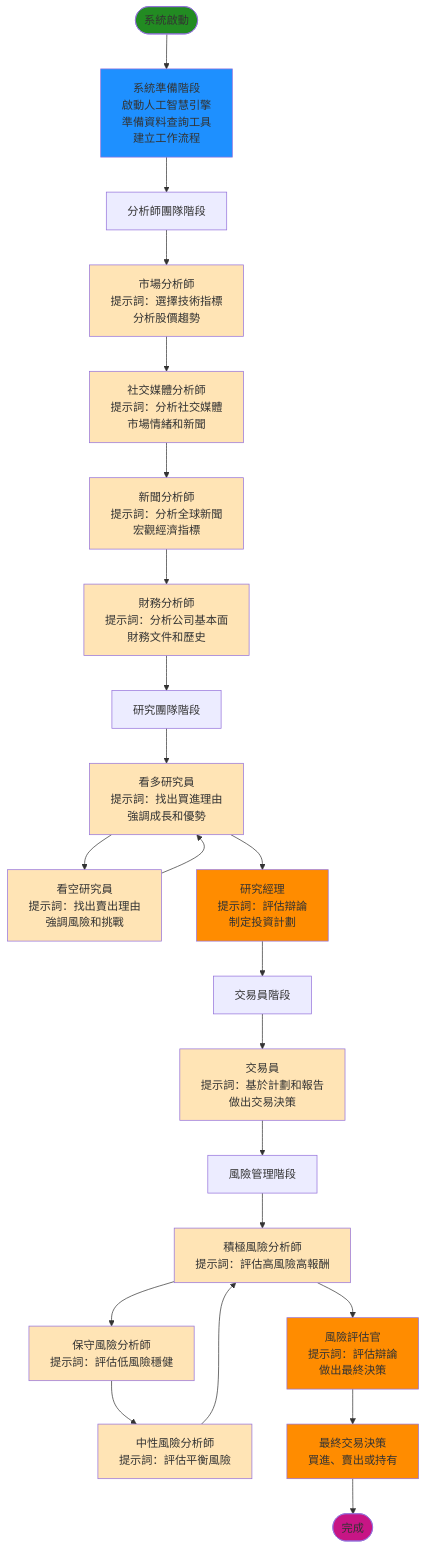
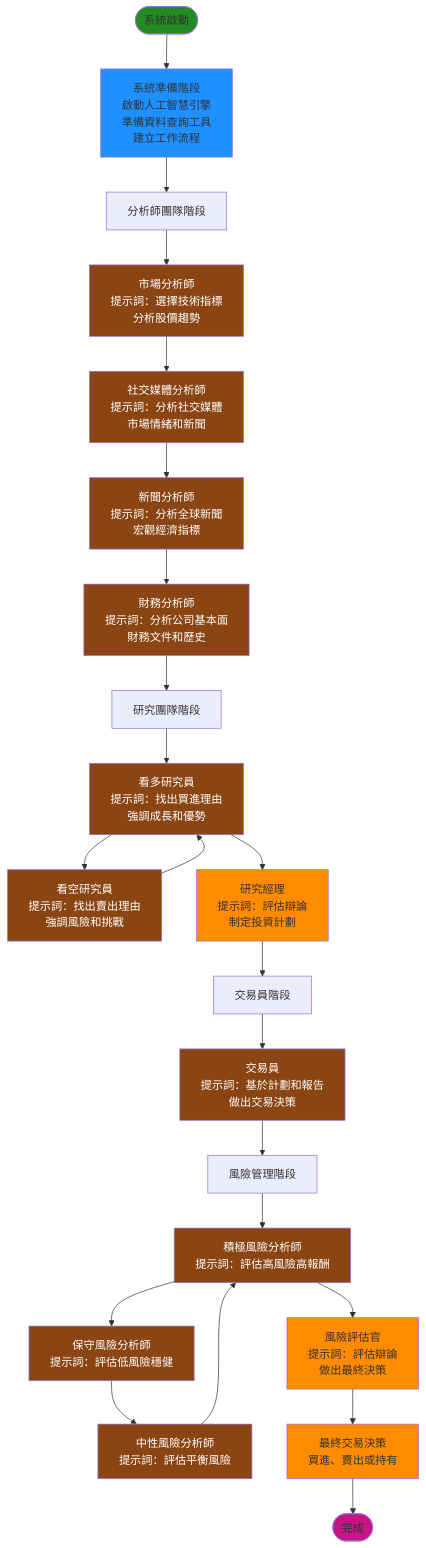
The ninth of 9 diagrams in 流程圖_簡化.md (chitienshih-wq/Git_Test), drawn with Mermaid before and after one commit. The commit also changed other lines of this file, not shown here.

````diff
--- a/流程圖_簡化.md
+++ b/流程圖_簡化.md
@@ -255,50 +255,50 @@
 ```mermaid
 flowchart TD
     Start([系統啟動]) --> Setup[系統準備階段<br/>啟動人工智慧引擎<br/>準備資料查詢工具<br/>建立工作流程]
     
     Setup --> AnalystPhase[分析師團隊階段]
     
     AnalystPhase --> Market[市場分析師<br/>提示詞：選擇技術指標<br/>分析股價趨勢]
     Market --> Social[社交媒體分析師<br/>提示詞：分析社交媒體<br/>市場情緒和新聞]
     Social --> News[新聞分析師<br/>提示詞：分析全球新聞<br/>宏觀經濟指標]
     News --> Fund[財務分析師<br/>提示詞：分析公司基本面<br/>財務文件和歷史]
     
     Fund --> ResearchPhase[研究團隊階段]
     
     ResearchPhase --> Bull[看多研究員<br/>提示詞：找出買進理由<br/>強調成長和優勢]
     Bull --> Bear[看空研究員<br/>提示詞：找出賣出理由<br/>強調風險和挑戰]
     Bear --> Bull
     Bull --> Manager[研究經理<br/>提示詞：評估辯論<br/>制定投資計劃]
     
     Manager --> TraderPhase[交易員階段]
     
     TraderPhase --> Trader[交易員<br/>提示詞：基於計劃和報告<br/>做出交易決策]
     
     Trader --> RiskPhase[風險管理階段]
     
     RiskPhase --> Risky[積極風險分析師<br/>提示詞：評估高風險高報酬]
     Risky --> Safe[保守風險分析師<br/>提示詞：評估低風險穩健]
     Safe --> Neutral[中性風險分析師<br/>提示詞：評估平衡風險]
     Neutral --> Risky
     Risky --> Judge[風險評估官<br/>提示詞：評估辯論<br/>做出最終決策]
     
     Judge --> Final[最終交易決策<br/>買進、賣出或持有]
     Final --> End([完成])
     
     style Start fill:#228B22
     style End fill:#C71585
     style Setup fill:#1E90FF
     style Manager fill:#FF8C00
     style Judge fill:#FF8C00
     style Final fill:#FF8C00
-    style Market fill:#FFE4B5
-    style Social fill:#FFE4B5
-    style News fill:#FFE4B5
-    style Fund fill:#FFE4B5
-    style Bull fill:#FFE4B5
-    style Bear fill:#FFE4B5
-    style Trader fill:#FFE4B5
-    style Risky fill:#FFE4B5
-    style Safe fill:#FFE4B5
-    style Neutral fill:#FFE4B5
+    style Market fill:#8B4513,color:#FFFFFF
+    style Social fill:#8B4513,color:#FFFFFF
+    style News fill:#8B4513,color:#FFFFFF
+    style Fund fill:#8B4513,color:#FFFFFF
+    style Bull fill:#8B4513,color:#FFFFFF
+    style Bear fill:#8B4513,color:#FFFFFF
+    style Trader fill:#8B4513,color:#FFFFFF
+    style Risky fill:#8B4513,color:#FFFFFF
+    style Safe fill:#8B4513,color:#FFFFFF
+    style Neutral fill:#8B4513,color:#FFFFFF
 ```
````
